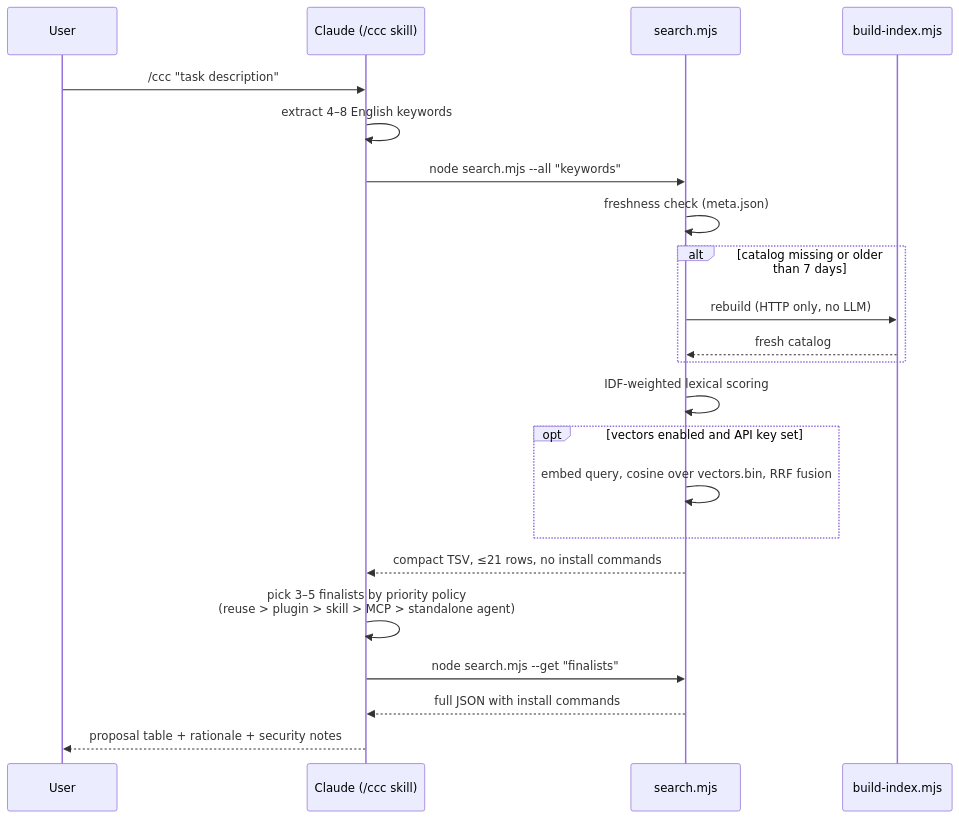
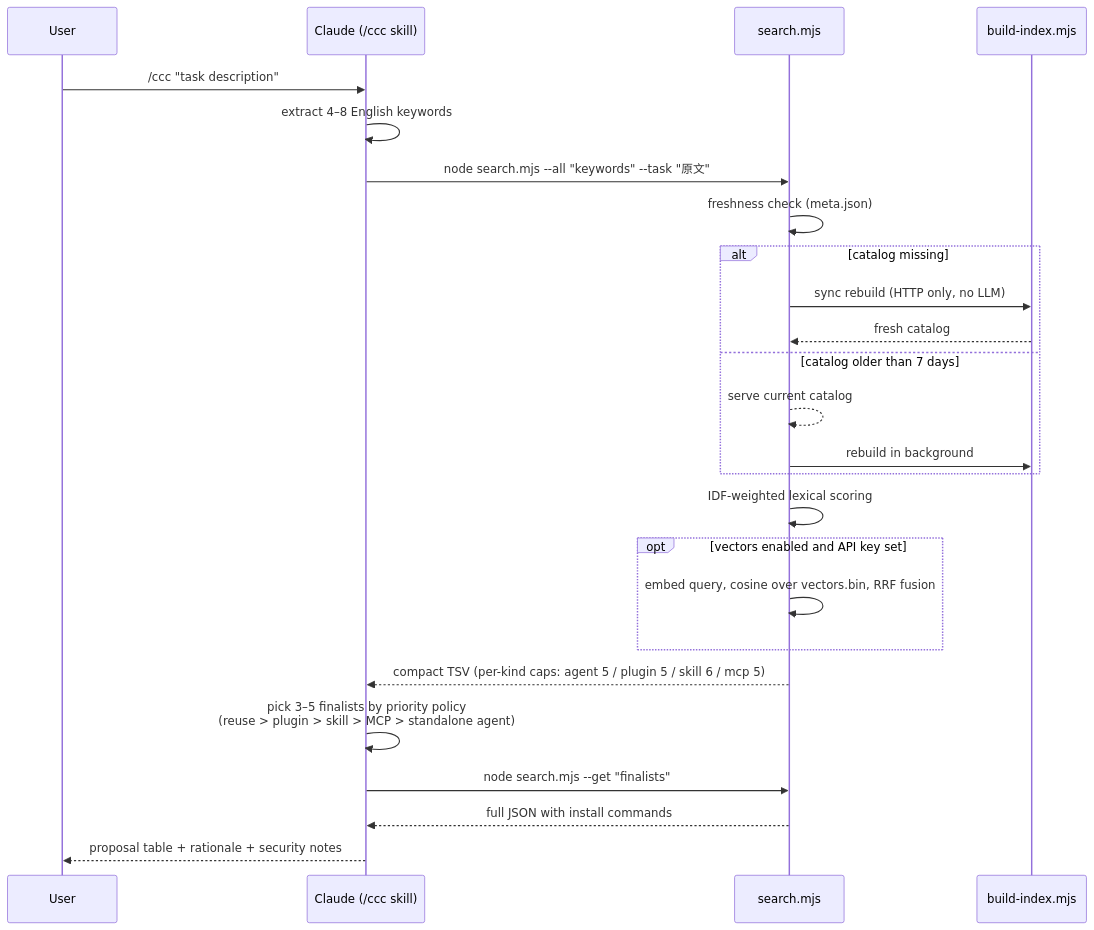
Before and after one commit to happygoluckydev/c3: the second of 2 diagrams in README.md, drawn with Mermaid. The commit also changed other lines of this file, not shown here.

Commit message:
docs: align README with catalog freshness and recommendation policy

````diff
--- a/README.md
+++ b/README.md
@@ -71,25 +71,28 @@
 ```mermaid
 sequenceDiagram
     participant U as User
     participant C as Claude (/ccc skill)
     participant S as search.mjs
     participant B as build-index.mjs
 
     U->>C: /ccc "task description"
     C->>C: extract 4–8 English keywords
-    C->>S: node search.mjs --all "keywords"
+    C->>S: node search.mjs --all "keywords" --task "原文"
     S->>S: freshness check (meta.json)
-    alt catalog missing or older than 7 days
-        S->>B: rebuild (HTTP only, no LLM)
+    alt catalog missing
+        S->>B: sync rebuild (HTTP only, no LLM)
         B-->>S: fresh catalog
+    else catalog older than 7 days
+        S-->>S: serve current catalog
+        S->>B: rebuild in background
     end
     S->>S: IDF-weighted lexical scoring
     opt vectors enabled and API key set
         S->>S: embed query, cosine over vectors.bin, RRF fusion
     end
-    S-->>C: compact TSV, ≤21 rows, no install commands
+    S-->>C: compact TSV (per-kind caps: agent 5 / plugin 5 / skill 6 / mcp 5)
     C->>C: pick 3–5 finalists by priority policy<br/>(reuse > plugin > skill > MCP > standalone agent)
     C->>S: node search.mjs --get "finalists"
     S-->>C: full JSON with install commands
     C-->>U: proposal table + rationale + security notes
 ```
````
